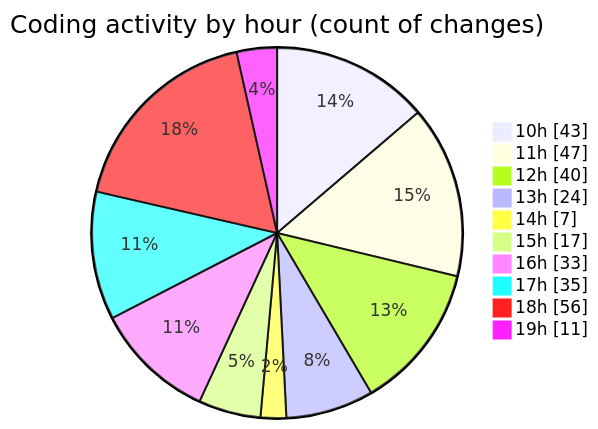
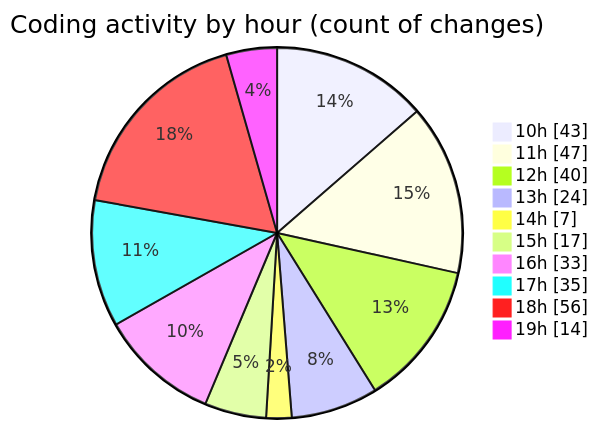
One commit to momahboobian/code-tracking changed the second of 2 diagrams in 2025-02-10/cda/README.md. Above: the diagram before and after it, drawn with Mermaid. The commit also changed other lines of this file and 1 other file, not shown here.

````diff
--- a/2025-02-10/cda/README.md
+++ b/2025-02-10/cda/README.md
@@ -35,14 +35,14 @@
 ```mermaid
 pie showData
 title Coding activity by hour (count of changes)
 "10h" : 43
 "11h" : 47
 "12h" : 40
 "13h" : 24
 "14h" : 7
 "15h" : 17
 "16h" : 33
 "17h" : 35
 "18h" : 56
-"19h" : 11
+"19h" : 14
 ```
````
